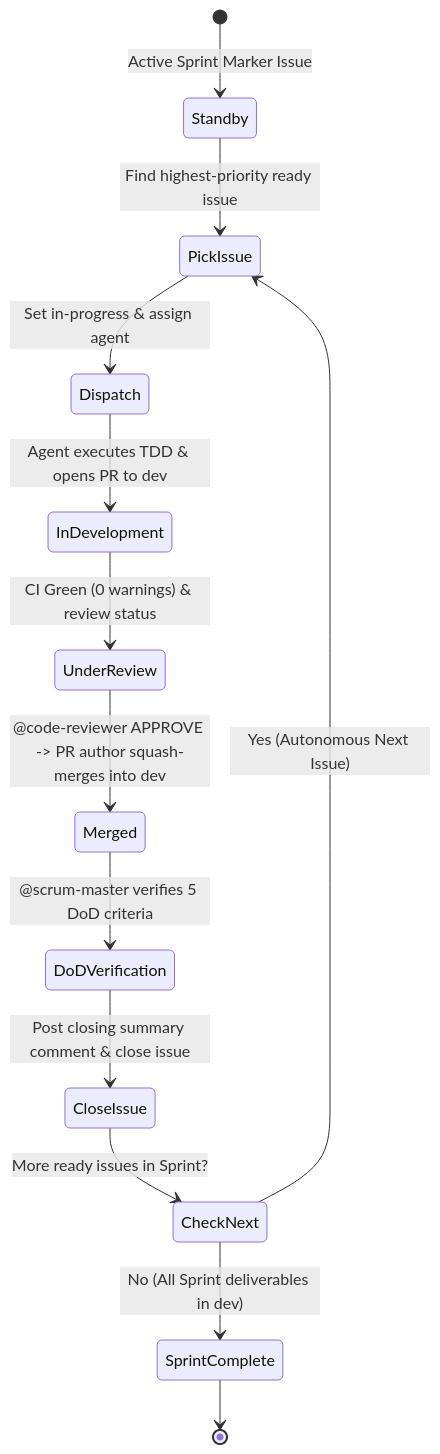
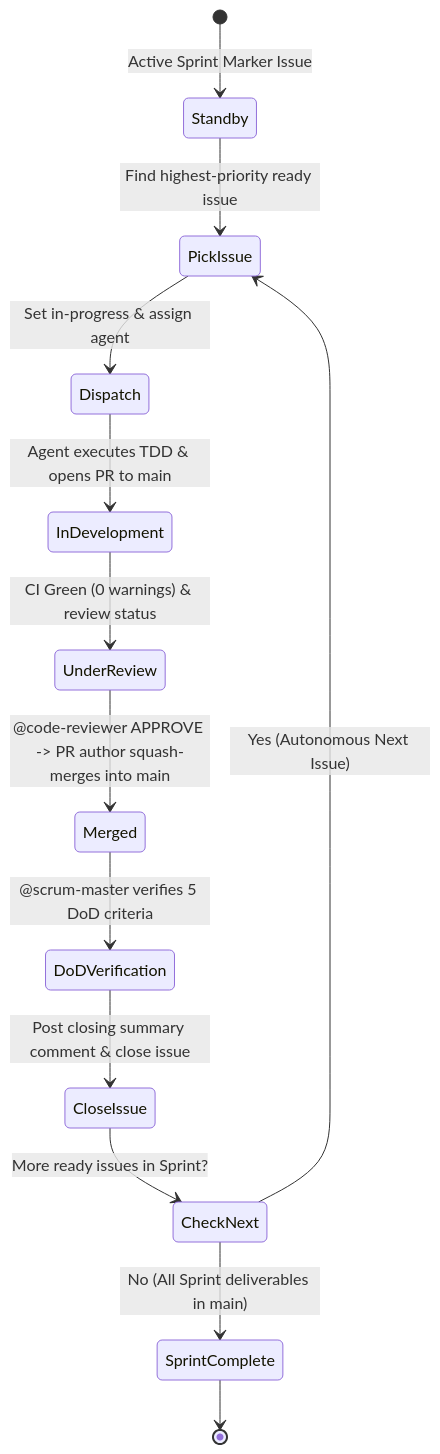
One commit to fpittelo/opencode-home-config changed the diagram in agents/scrum-master.md. Above: the diagram before and after it, drawn with Mermaid. The commit also changed other lines of this file and 27 other files, not shown here.

````diff
--- a/agents/scrum-master.md
+++ b/agents/scrum-master.md
@@ -104,15 +104,15 @@
 ```mermaid
 stateDiagram-v2
     [*] --> Standby: Active Sprint Marker Issue
     Standby --> PickIssue: Find highest-priority ready issue
     PickIssue --> Dispatch: Set in-progress & assign agent
-    Dispatch --> InDevelopment: Agent executes TDD & opens PR to dev
+    Dispatch --> InDevelopment: Agent executes TDD & opens PR to main
     InDevelopment --> UnderReview: CI Green (0 warnings) & review status
-    UnderReview --> Merged: @code-reviewer APPROVE -> PR author squash-merges into dev
+    UnderReview --> Merged: @code-reviewer APPROVE -> PR author squash-merges into main
     Merged --> DoDVerification: @scrum-master verifies 5 DoD criteria
     DoDVerification --> CloseIssue: Post closing summary comment & close issue
     CloseIssue --> CheckNext: More ready issues in Sprint?
     CheckNext --> PickIssue: Yes (Autonomous Next Issue)
-    CheckNext --> SprintComplete: No (All Sprint deliverables in dev)
+    CheckNext --> SprintComplete: No (All Sprint deliverables in main)
     SprintComplete --> [*]
 ```
````
